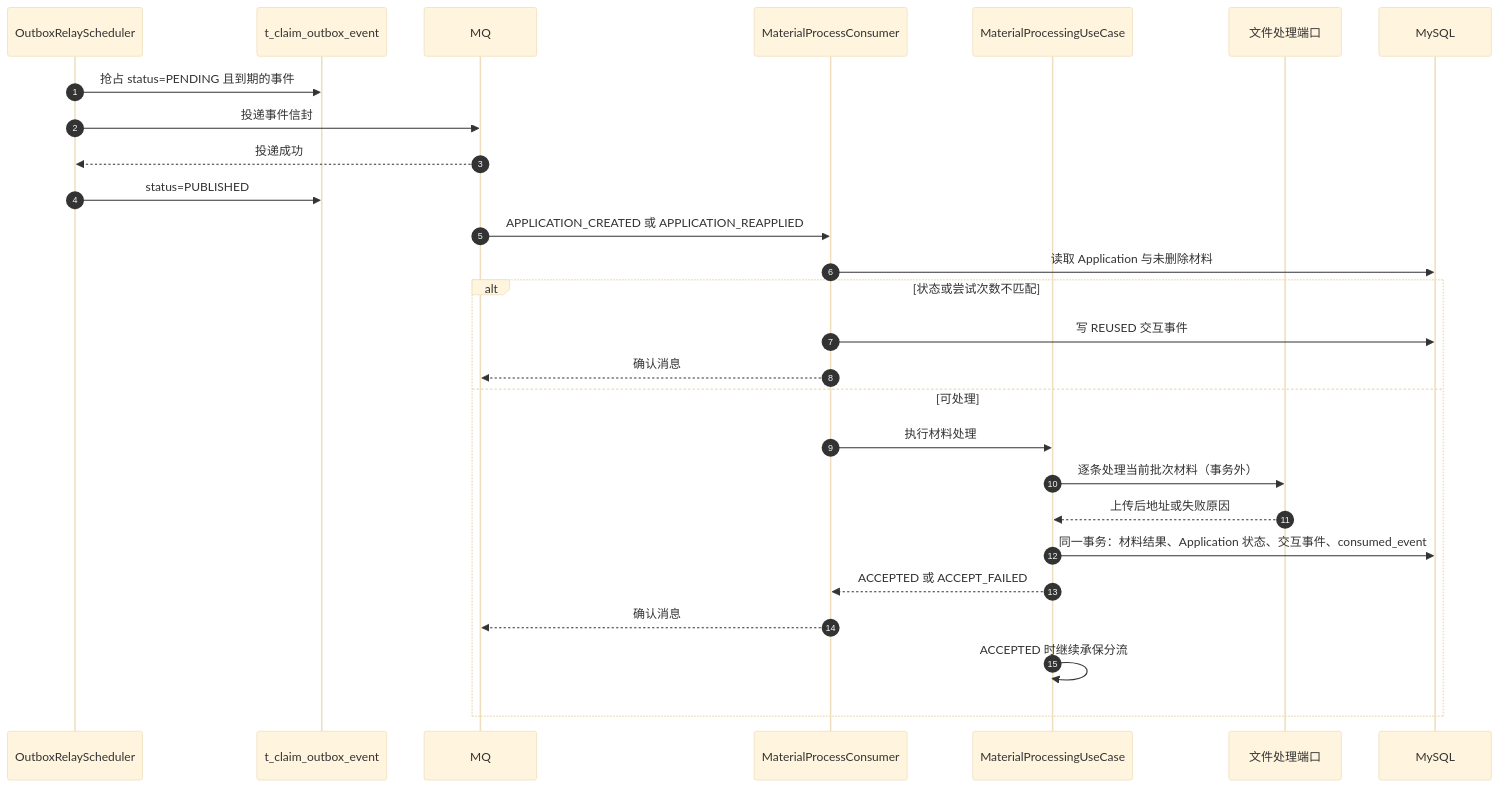
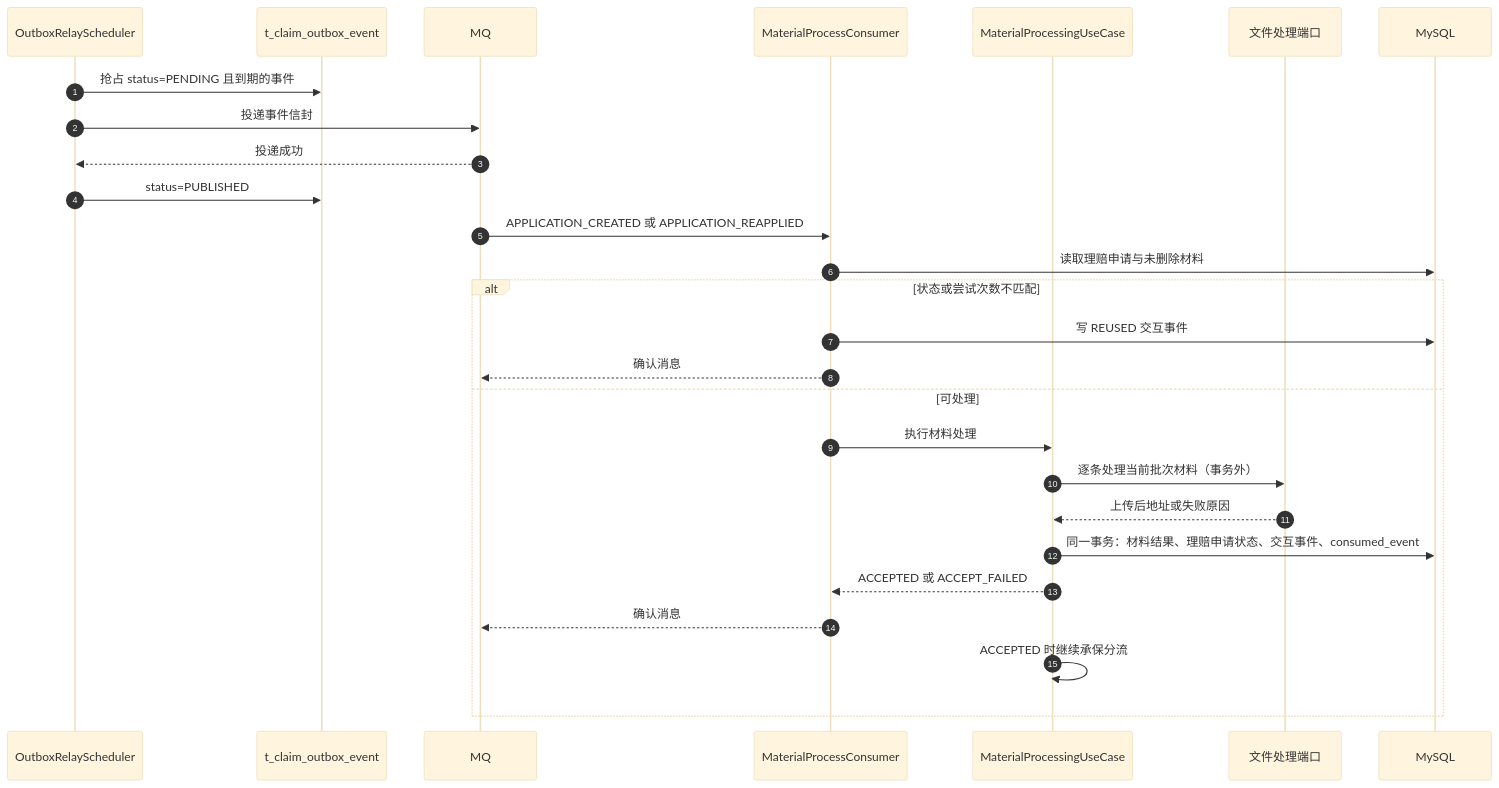
The second of 3 diagrams in specs/004-material-processing-underwriting/design.md (wangguangwu/claim-integration-platform), drawn with Mermaid (base theme) before and after one commit. The commit also changed other lines of this file and 299 other files, not shown here.

````diff
--- a/specs/004-material-processing-underwriting/design.md
+++ b/specs/004-material-processing-underwriting/design.md
@@ -36,31 +36,31 @@
 ```mermaid
 sequenceDiagram
     autonumber
     participant S as OutboxRelayScheduler
     participant O as t_claim_outbox_event
     participant MQ as MQ
     participant C as MaterialProcessConsumer
     participant U as MaterialProcessingUseCase
     participant F as 文件处理端口
     participant DB as MySQL
 
     S->>O: 抢占 status=PENDING 且到期的事件
     S->>MQ: 投递事件信封
     MQ-->>S: 投递成功
     S->>O: status=PUBLISHED
 
     MQ->>C: APPLICATION_CREATED 或 APPLICATION_REAPPLIED
-    C->>DB: 读取 Application 与未删除材料
+    C->>DB: 读取理赔申请与未删除材料
     alt 状态或尝试次数不匹配
         C->>DB: 写 REUSED 交互事件
         C-->>MQ: 确认消息
     else 可处理
         C->>U: 执行材料处理
         U->>F: 逐条处理当前批次材料（事务外）
         F-->>U: 上传后地址或失败原因
-        U->>DB: 同一事务：材料结果、Application 状态、交互事件、consumed_event
+        U->>DB: 同一事务：材料结果、理赔申请状态、交互事件、consumed_event
         U-->>C: ACCEPTED 或 ACCEPT_FAILED
         C-->>MQ: 确认消息
         U->>U: ACCEPTED 时继续承保分流
     end
 ```
````
